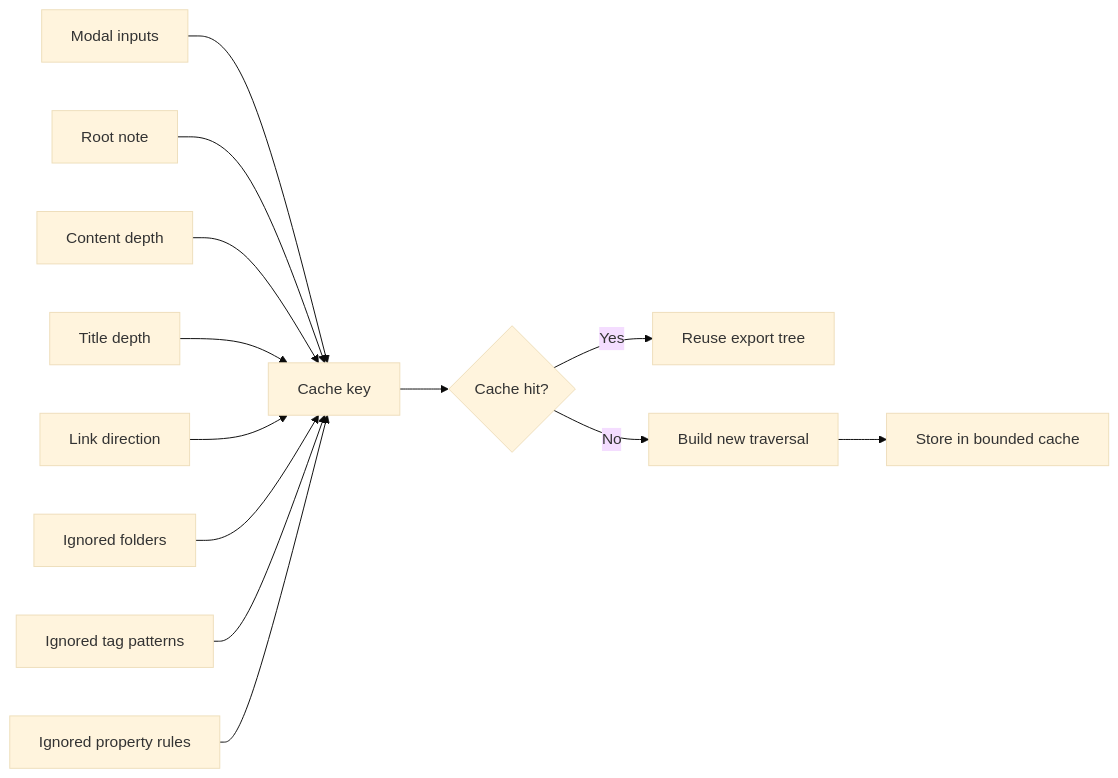
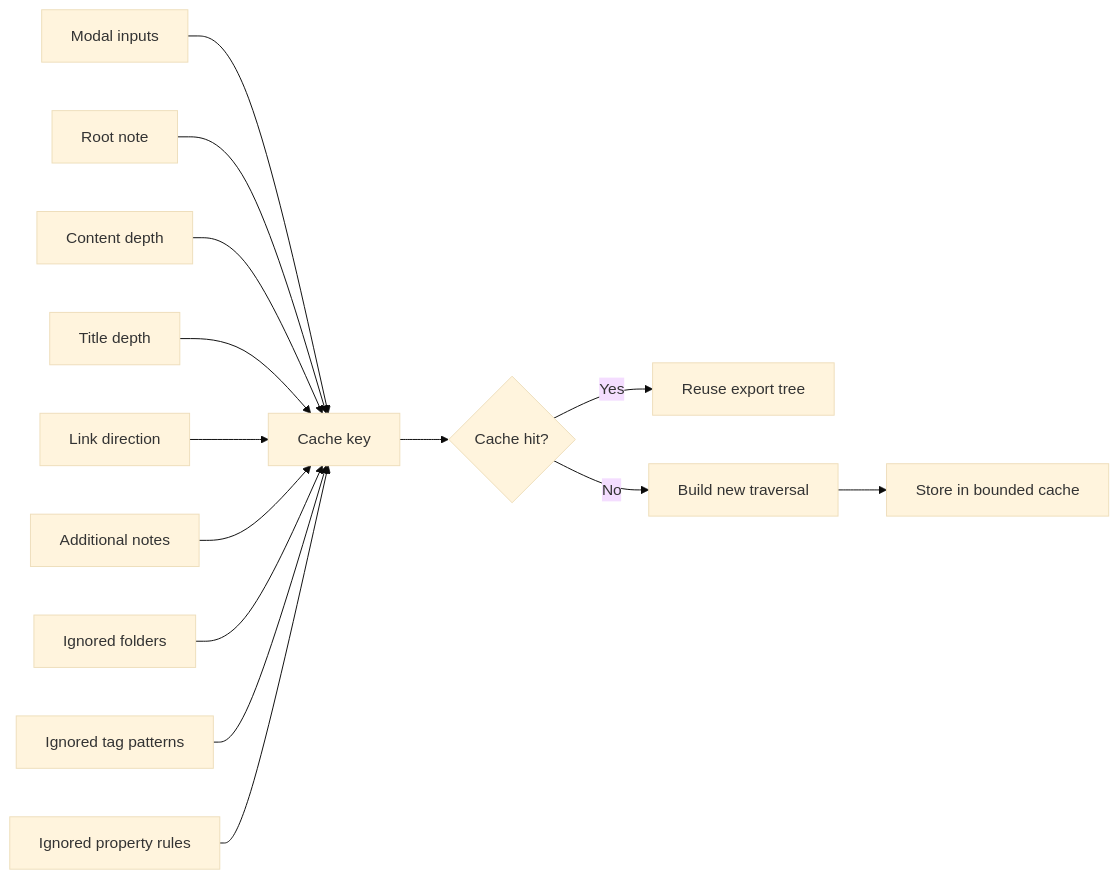
Before and after one commit to LittleHaku/obsidian-smart-export: the third of 3 diagrams in docs/export-architecture.md, drawn with Mermaid (base theme). The commit also changed other lines of this file and 15 other files, not shown here.

````diff
--- a/docs/export-architecture.md
+++ b/docs/export-architecture.md
@@ -125,23 +144,25 @@
 ```mermaid
 flowchart LR
     A[Modal inputs] --> B[Cache key]
     B --> C{Cache hit?}
     C -- Yes --> D[Reuse export tree]
     C -- No --> E[Build new traversal]
     E --> F[Store in bounded cache]
 
     A1[Root note]
     A2[Content depth]
     A3[Title depth]
     A4[Link direction]
-    A5[Ignored folders]
-    A6[Ignored tag patterns]
-    A7[Ignored property rules]
+    A5[Additional notes]
+    A6[Ignored folders]
+    A7[Ignored tag patterns]
+    A8[Ignored property rules]
     A1 --> B
     A2 --> B
     A3 --> B
     A4 --> B
     A5 --> B
     A6 --> B
     A7 --> B
+    A8 --> B
 ```
````
